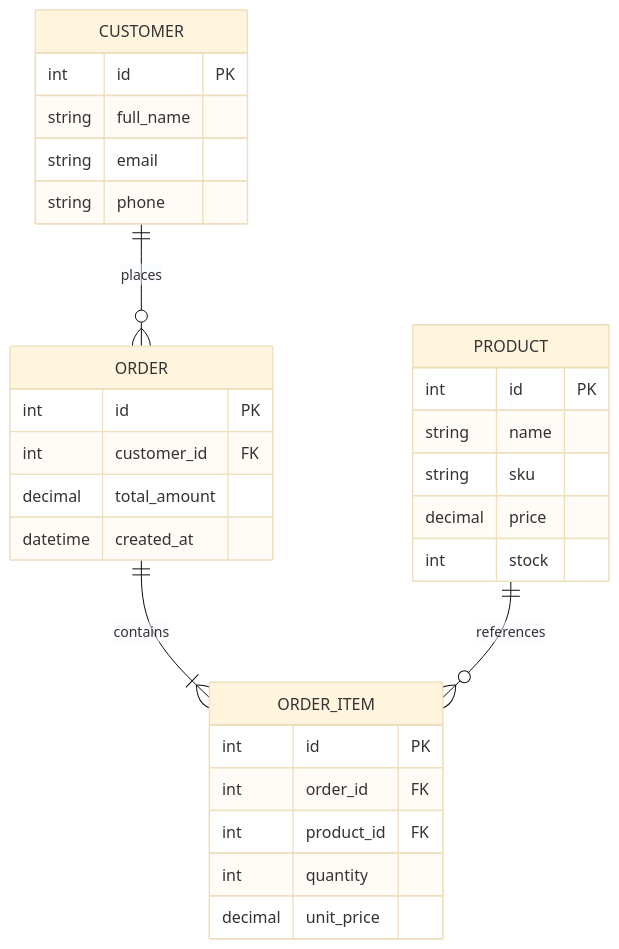
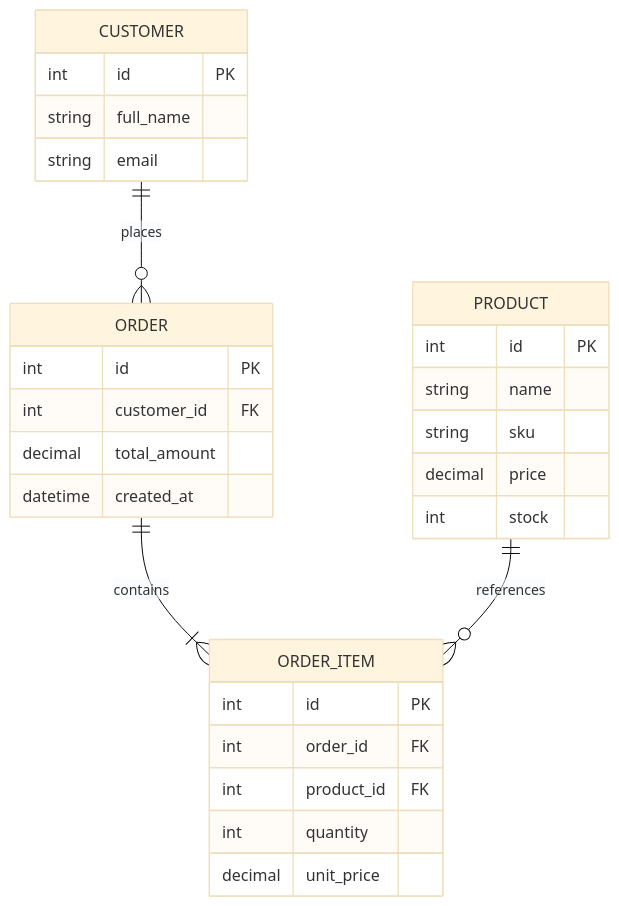
One commit to manoj-janasale/Inventory-order-management-system changed the fifth of 5 diagrams in README.md. Above: the diagram before and after it, drawn with Mermaid (base theme). The commit also changed 35 other files, not shown here.

````diff
--- a/README.md
+++ b/README.md
@@ -168,37 +168,36 @@
 ```mermaid
 erDiagram
 
 PRODUCT {
     int id PK
     string name
     string sku
     decimal price
     int stock
 }
 
 CUSTOMER {
     int id PK
     string full_name
     string email
-    string phone
 }
 
 ORDER {
     int id PK
     int customer_id FK
     decimal total_amount
     datetime created_at
 }
 
 ORDER_ITEM {
     int id PK
     int order_id FK
     int product_id FK
     int quantity
     decimal unit_price
 }
 
 CUSTOMER ||--o{ ORDER : places
 ORDER ||--|{ ORDER_ITEM : contains
 PRODUCT ||--o{ ORDER_ITEM : references
 ```
````
